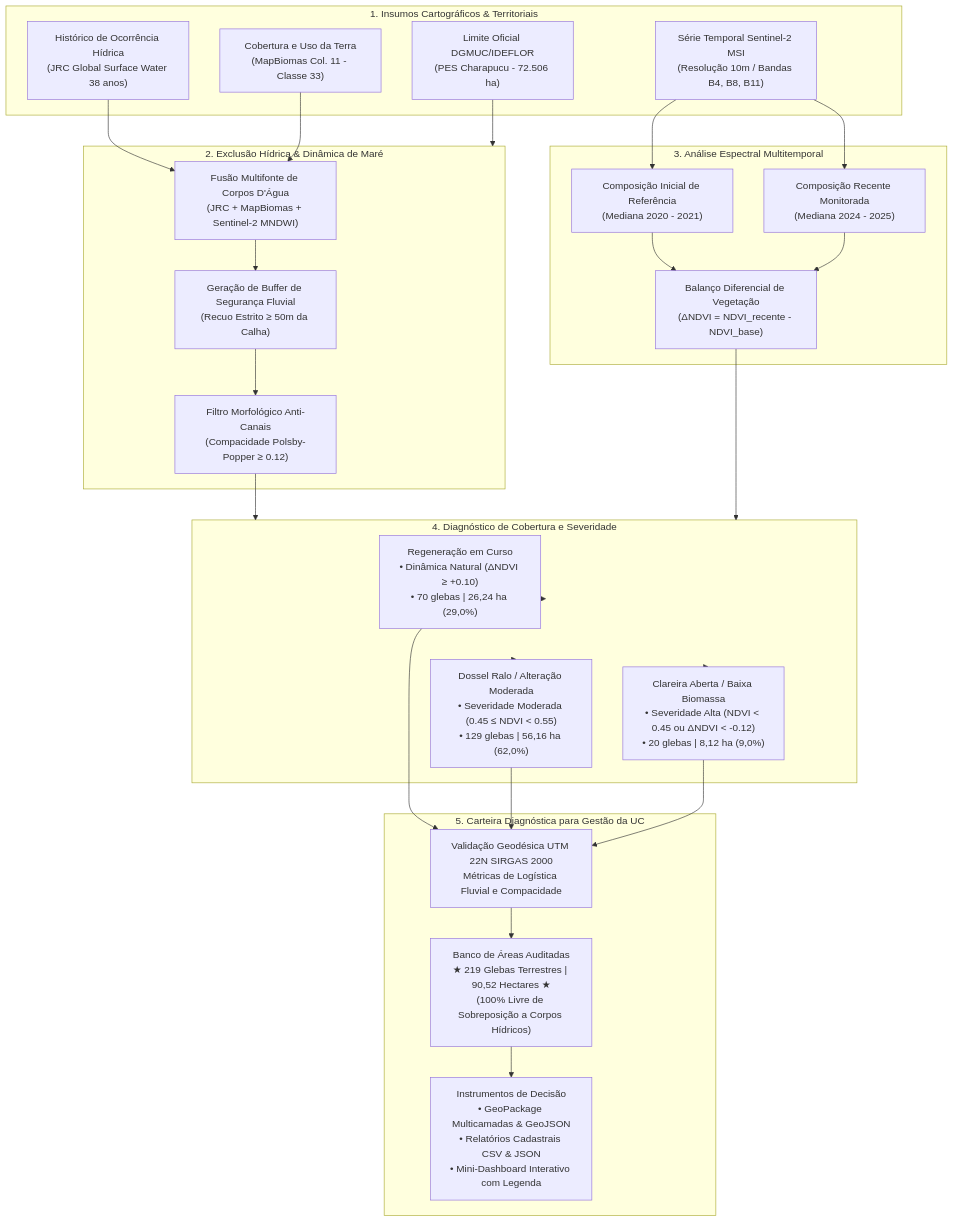
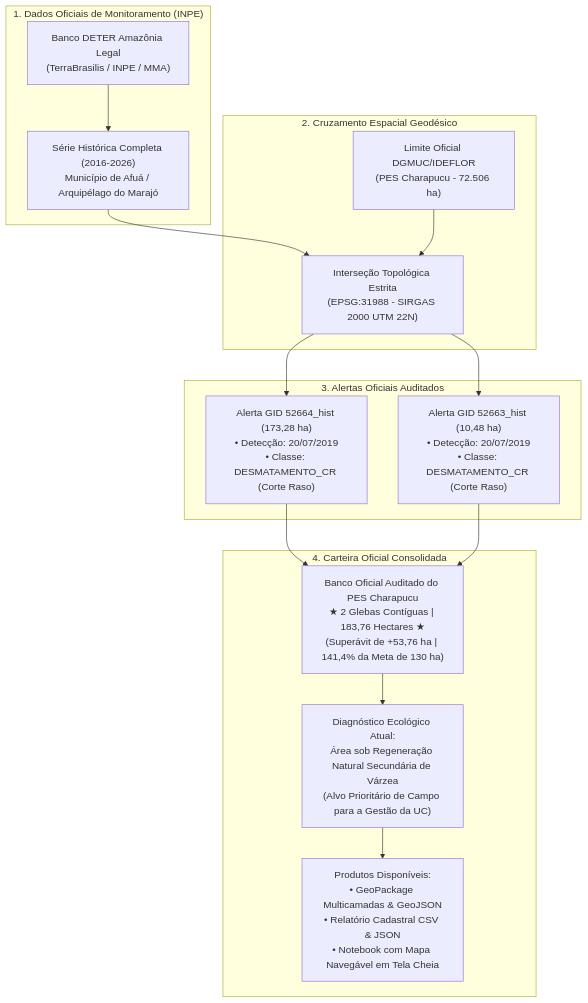
The diagram in README.md (NGEO-IDEFLOR-Bio/restaura-pes-charapucu), drawn with Mermaid before and after one commit. The commit also changed other lines of this file and 11 other files, not shown here.

Commit message:
feat(deter): consolidar diagnostico oficial deter inpe 183ha e simplificar notebook com mapa e nova guia

````diff
--- a/README.md
+++ b/README.md
@@ -52,57 +52,33 @@
 ```mermaid
 flowchart TD
-    subgraph INSUMOS["1. Insumos Cartográficos & Territoriais"]
-        A1["Limite Oficial DGMUC/IDEFLOR<br/>(PES Charapucu - 72.506 ha)"]
-        A2["Série Temporal Sentinel-2 MSI<br/>(Resolução 10m / Bandas B4, B8, B11)"]
-        A3["Histórico de Ocorrência Hídrica<br/>(JRC Global Surface Water 38 anos)"]
-        A4["Cobertura e Uso da Terra<br/>(MapBiomas Col. 11 - Classe 33)"]
+    subgraph INPE["1. Dados Oficiais de Monitoramento (INPE)"]
+        A1["Banco DETER Amazônia Legal<br/>(TerraBrasilis / INPE / MMA)"]
+        A2["Série Histórica Completa (2016-2026)<br/>Município de Afuá / Arquipélago do Marajó"]
     end
 
-    subgraph PREPROC["2. Exclusão Hídrica & Dinâmica de Maré"]
-        B1["Fusão Multifonte de Corpos D'Água<br/>(JRC + MapBiomas + Sentinel-2 MNDWI)"]
-        B2["Geração de Buffer de Segurança Fluvial<br/>(Recuo Estrito ≥ 50m da Calha)"]
-        B3["Filtro Morfológico Anti-Canais<br/>(Compacidade Polsby-Popper ≥ 0.12)"]
+    subgraph ESPACIAL["2. Cruzamento Espacial Geodésico"]
+        B1["Limite Oficial DGMUC/IDEFLOR<br/>(PES Charapucu - 72.506 ha)"]
+        B2["Interseção Topológica Estrita<br/>(EPSG:31988 - SIRGAS 2000 UTM 22N)"]
     end
 
-    subgraph ESPECTRAL["3. Análise Espectral Multitemporal"]
-        C1["Composição Inicial de Referência<br/>(Mediana 2020 - 2021)"]
-        C2["Composição Recente Monitorada<br/>(Mediana 2024 - 2025)"]
-        C3["Balanço Diferencial de Vegetação<br/>(ΔNDVI = NDVI_recente - NDVI_base)"]
+    subgraph DIAGNOSTICO["3. Alertas Oficiais Auditados"]
+        C1["Alerta GID 52664_hist (173,28 ha)<br/>• Detecção: 20/07/2019<br/>• Classe: DESMATAMENTO_CR (Corte Raso)"]
+        C2["Alerta GID 52663_hist (10,48 ha)<br/>• Detecção: 20/07/2019<br/>• Classe: DESMATAMENTO_CR (Corte Raso)"]
     end
 
-    subgraph DIAGNOSTICO["4. Diagnóstico de Cobertura e Severidade"]
-        D1["Regeneração em Curso<br/>• Dinâmica Natural (ΔNDVI ≥ +0.10)<br/>• 70 glebas | 26,24 ha (29,0%)"]
-        D2["Dossel Ralo / Alteração Moderada<br/>• Severidade Moderada (0.45 ≤ NDVI < 0.55)<br/>• 129 glebas | 56,16 ha (62,0%)"]
-        D3["Clareira Aberta / Baixa Biomassa<br/>• Severidade Alta (NDVI < 0.45 ou ΔNDVI < -0.12)<br/>• 20 glebas | 8,12 ha (9,0%)"]
+    subgraph CARTEIRA["4. Carteira Oficial Consolidada"]
+        D1["Banco Oficial Auditado do PES Charapucu<br/>★ 2 Glebas Contíguas | 183,76 Hectares ★<br/>(Superávit de +53,76 ha | 141,4% da Meta de 130 ha)"]
+        D2["Diagnóstico Ecológico Atual:<br/>Área sob Regeneração Natural Secundária de Várzea<br/>(Alvo Prioritário de Campo para a Gestão da UC)"]
+        D3["Produtos Disponíveis:<br/>• GeoPackage Multicamadas & GeoJSON<br/>• Relatório Cadastral CSV & JSON<br/>• Notebook com Mapa Navegável em Tela Cheia"]
     end
 
-    subgraph CARTEIRA["5. Carteira Diagnóstica para Gestão da UC"]
-        E1["Validação Geodésica UTM 22N SIRGAS 2000<br/>Métricas de Logística Fluvial e Compacidade"]
-        E2["Banco de Áreas Auditadas<br/>★ 219 Glebas Terrestres | 90,52 Hectares ★<br/>(100% Livre de Sobreposição a Corpos Hídricos)"]
-        E3["Instrumentos de Decisão<br/>• GeoPackage Multicamadas & GeoJSON<br/>• Relatórios Cadastrais CSV & JSON<br/>• Mini-Dashboard Interativo com Legenda"]
-    end
-
-    A1 --> PREPROC
-    A3 --> B1
-    A4 --> B1
+    A1 --> A2
+    A2 --> B2
     B1 --> B2
-    B2 --> B3
-
-    A2 --> C1
-    A2 --> C2
-    C1 --> C3
-    C2 --> C3
-
-    B3 --> DIAGNOSTICO
-    C3 --> DIAGNOSTICO
-
-    DIAGNOSTICO --> D1
-    DIAGNOSTICO --> D2
-    DIAGNOSTICO --> D3
-
-    D1 --> E1
-    D2 --> E1
-    D3 --> E1
-    E1 --> E2
-    E2 --> E3
+    B2 --> C1
+    B2 --> C2
+    C1 --> D1
+    C2 --> D1
+    D1 --> D2
+    D2 --> D3
 ```
````
